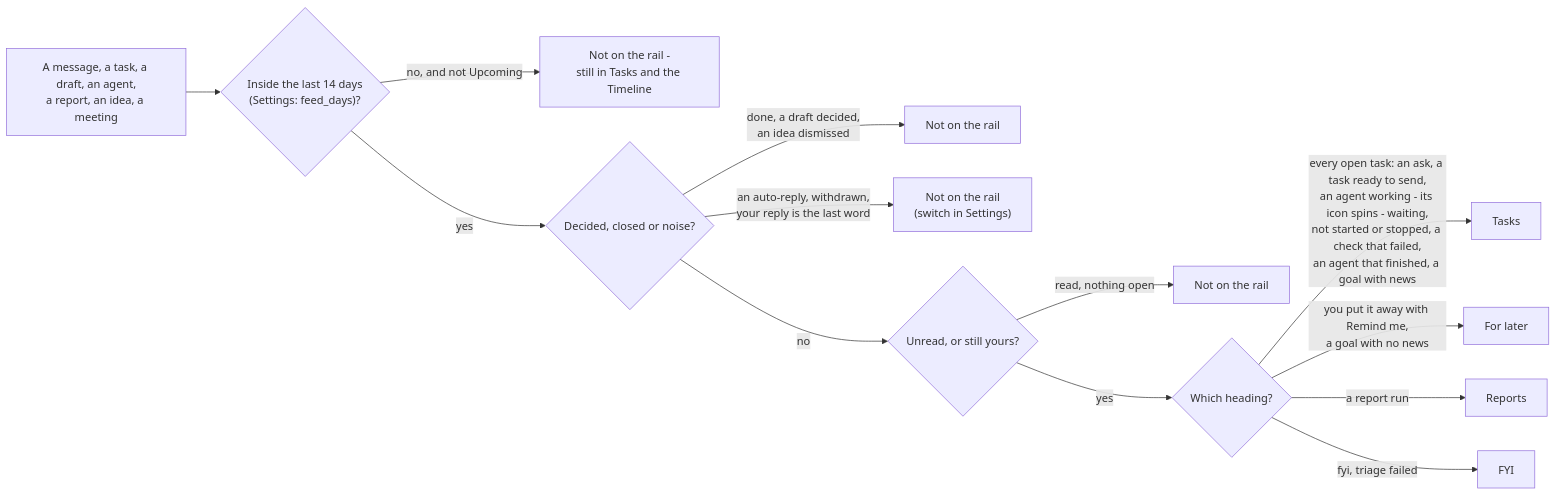
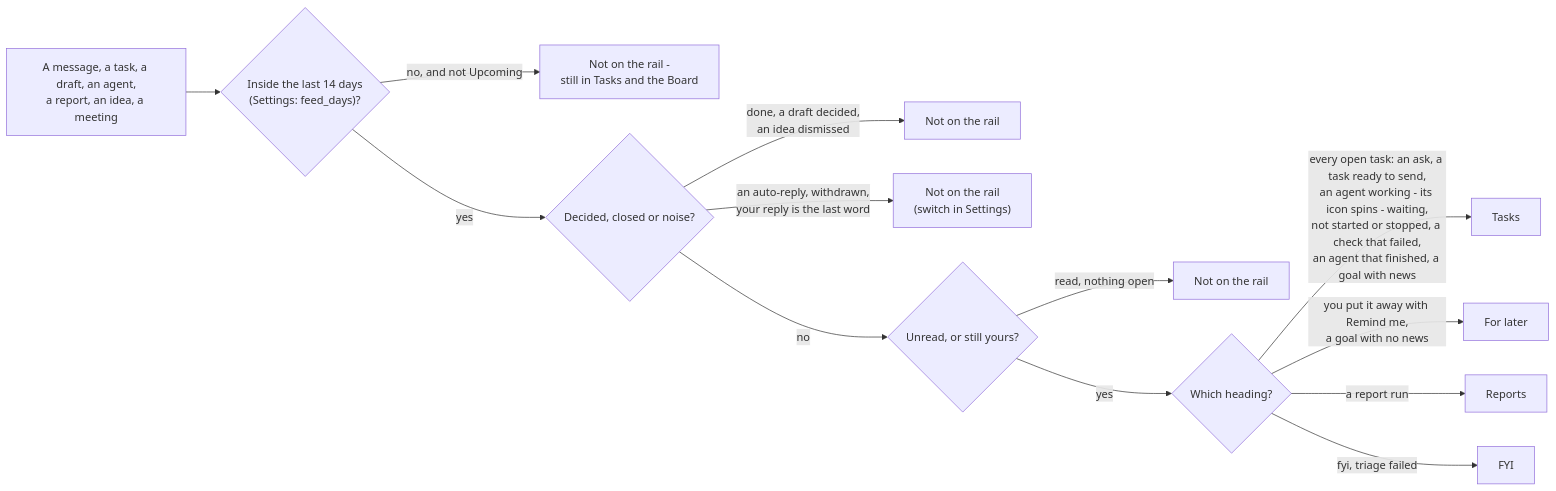
One commit to ldbumble/taskuary changed the first of 2 diagrams in docs/work-rail.md. Above: the diagram before and after it, drawn with Mermaid. The commit also changed 41 other files, not shown here.

````diff
--- a/docs/work-rail.md
+++ b/docs/work-rail.md
@@ -10,15 +10,15 @@
 ```mermaid
 flowchart LR
   I["A message, a task, a draft, an agent,<br/>a report, an idea, a meeting"] --> W{"Inside the last 14 days<br/>(Settings: feed_days)?"}
-  W -->|no, and not Upcoming| X["Not on the rail -<br/>still in Tasks and the Timeline"]
+  W -->|no, and not Upcoming| X["Not on the rail -<br/>still in Tasks and the Board"]
   W -->|yes| D{"Decided, closed or noise?"}
   D -->|done, a draft decided,<br/>an idea dismissed| X2["Not on the rail"]
   D -->|an auto-reply, withdrawn,<br/>your reply is the last word| X3["Not on the rail<br/>(switch in Settings)"]
   D -->|no| U{"Unread, or still yours?"}
   U -->|read, nothing open| X4["Not on the rail"]
   U -->|yes| B{"Which heading?"}
   B -->|every open task: an ask, a task ready to send,<br/>an agent working - its icon spins - waiting,<br/>not started or stopped, a check that failed,<br/>an agent that finished, a goal with news| B2["Tasks"]
   B -->|you put it away with Remind me,<br/>a goal with no news| B5["For later"]
   B -->|a report run| B3["Reports"]
   B -->|fyi, triage failed| B4["FYI"]
 ```
````
